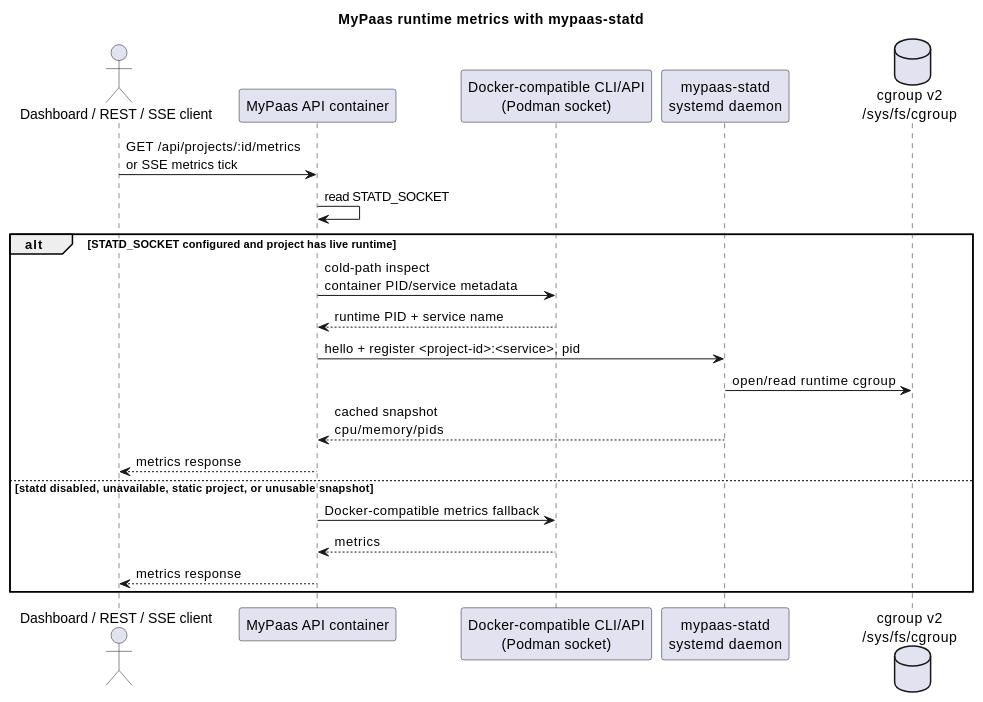
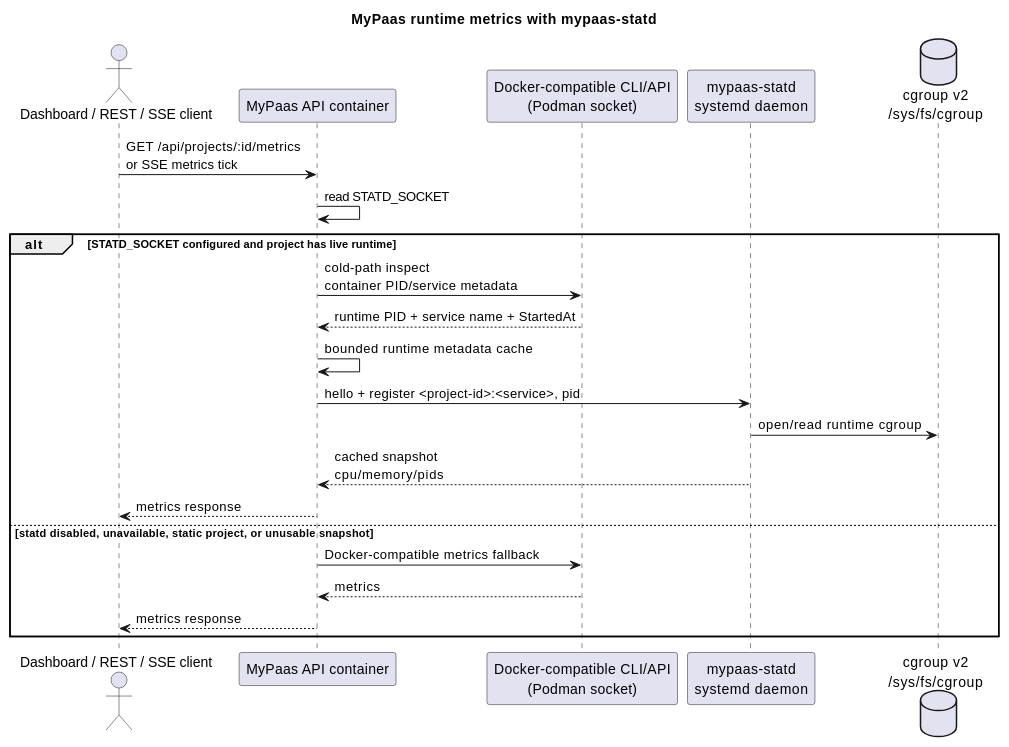
One commit to howlil/MyPaas changed the diagram in docs/STATD.md. Above: the diagram before and after it, drawn with PlantUML. The commit also changed other lines of this file and 36 other files, not shown here.

````diff
--- a/docs/STATD.md
+++ b/docs/STATD.md
@@ -34,27 +63,28 @@
 ```plantuml
 @startuml
 title MyPaas runtime metrics with mypaas-statd
 
 actor "Dashboard / REST / SSE client" as Client
 participant "MyPaas API container" as API
 participant "Docker-compatible CLI/API\n(Podman socket)" as Docker
 participant "mypaas-statd\nsystemd daemon" as Statd
 database "cgroup v2\n/sys/fs/cgroup" as Cgroup
 
 Client -> API: GET /api/projects/:id/metrics\nor SSE metrics tick
 API -> API: read STATD_SOCKET
 
 alt STATD_SOCKET configured and project has live runtime
   API -> Docker: cold-path inspect\ncontainer PID/service metadata
-  Docker --> API: runtime PID + service name
+  Docker --> API: runtime PID + service name + StartedAt
+  API -> API: bounded runtime metadata cache
   API -> Statd: hello + register <project-id>:<service>, pid
   Statd -> Cgroup: open/read runtime cgroup
   Statd --> API: cached snapshot\ncpu/memory/pids
   API --> Client: metrics response
 else statd disabled, unavailable, static project, or unusable snapshot
   API -> Docker: Docker-compatible metrics fallback
   Docker --> API: metrics
   API --> Client: metrics response
 end
 @enduml
 ```
````
